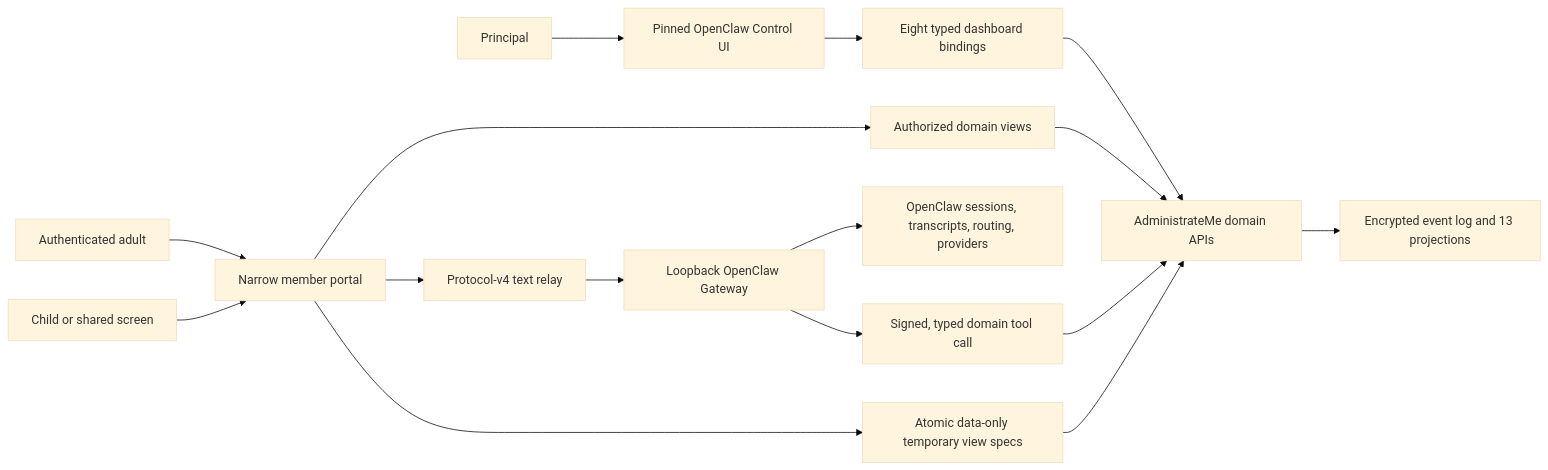
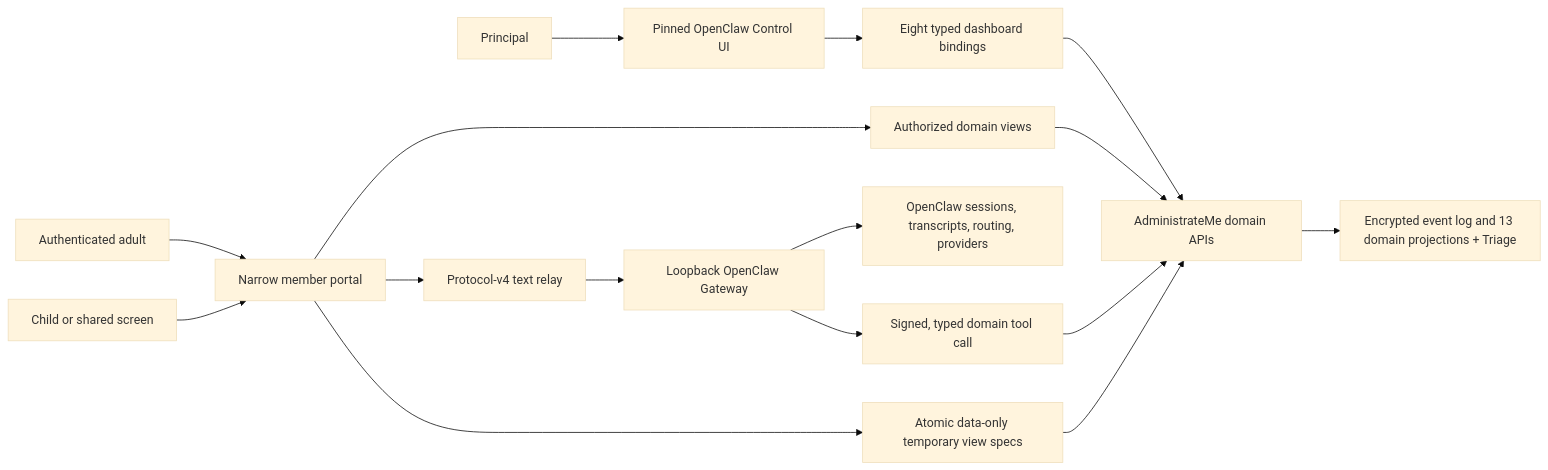
The diagram in docs/refactor/GATE-7-EXPERIENCE.md (junglecrunch1212/administrate-me-now), drawn with Mermaid (base theme) before and after one commit. The commit also changed other lines of this file and 82 other files, not shown here.

````diff
--- a/docs/refactor/GATE-7-EXPERIENCE.md
+++ b/docs/refactor/GATE-7-EXPERIENCE.md
@@ -5,18 +5,18 @@
 ```mermaid
 flowchart LR
     P["Principal"] --> OC["Pinned OpenClaw Control UI"]
     A["Authenticated adult"] --> MP["Narrow member portal"]
     C["Child or shared screen"] --> MP
     OC --> B["Eight typed dashboard bindings"]
     MP --> V["Authorized domain views"]
     MP --> R["Protocol-v4 text relay"]
     R --> G["Loopback OpenClaw Gateway"]
     G --> M["OpenClaw sessions, transcripts, routing, providers"]
     B --> API["AdministrateMe domain APIs"]
     V --> API
     G --> T["Signed, typed domain tool call"]
     T --> API
-    API --> E["Encrypted event log and 13 projections"]
+    API --> E["Encrypted event log and 13 domain projections + Triage"]
     MP --> Q["Atomic data-only temporary view specs"]
     Q --> API
 ```
````
